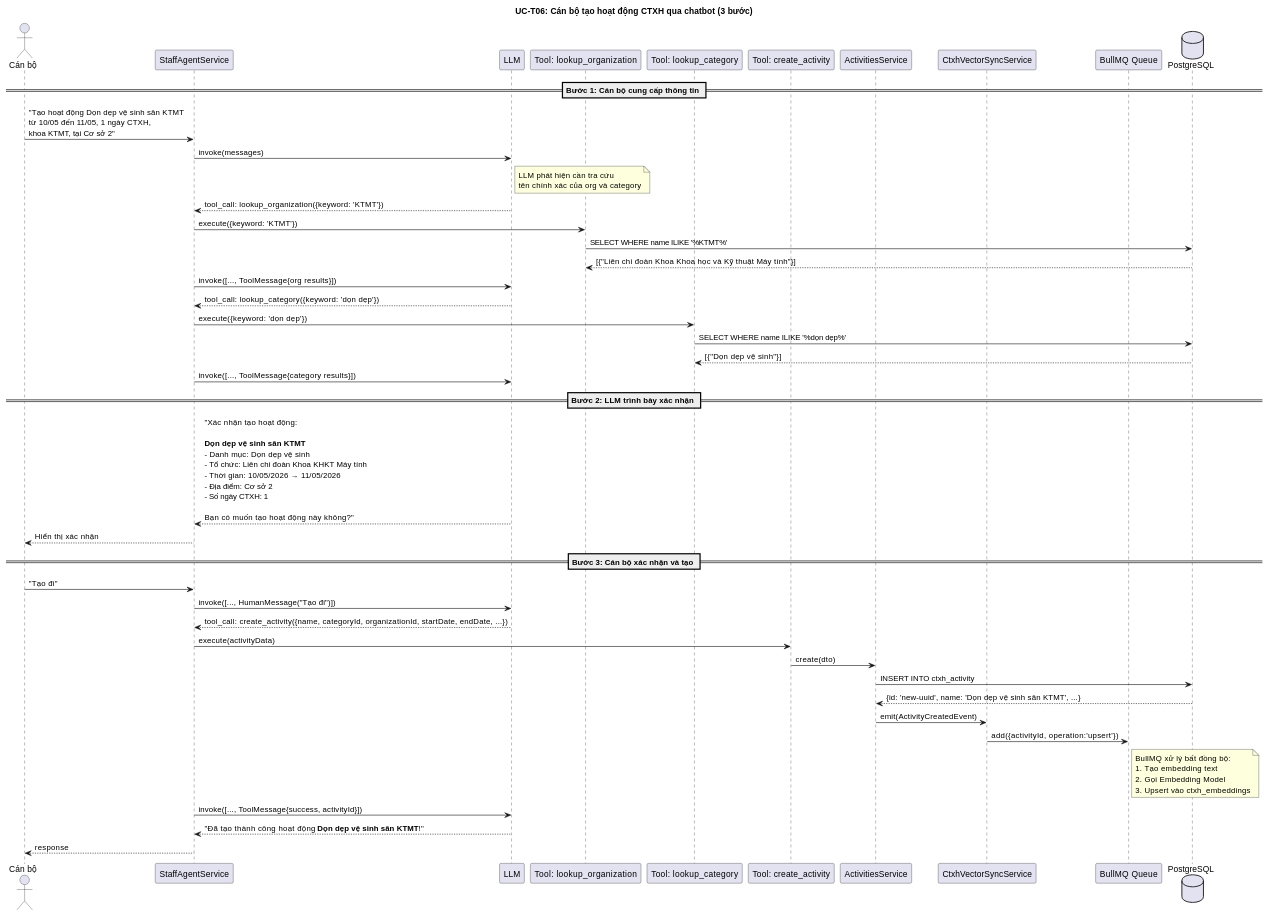
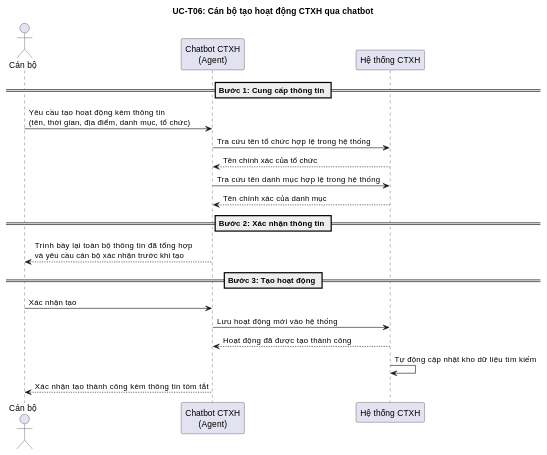
The seventh of 10 diagrams in mechanism/Duy/chatbot/CHATBOT_FLOW_DOCUMENTATION.md (Suyq017/doanhoi-portal), drawn with PlantUML before and after one commit. The commit also changed other lines of this file and 43 other files, not shown here.

````diff
--- a/mechanism/Duy/chatbot/CHATBOT_FLOW_DOCUMENTATION.md
+++ b/mechanism/Duy/chatbot/CHATBOT_FLOW_DOCUMENTATION.md
@@ -656,64 +417,28 @@
 ```plantuml
 @startuml Staff_Create_Activity_Sequence
-title UC-T06: Cán bộ tạo hoạt động CTXH qua chatbot (3 bước)
+title UC-T06: Cán bộ tạo hoạt động CTXH qua chatbot
 
 actor "Cán bộ" as Staff
-participant "StaffAgentService" as SA
-participant "LLM" as LLM
-participant "Tool: lookup_organization" as LO
-participant "Tool: lookup_category" as LC
-participant "Tool: create_activity" as CA
-participant "ActivitiesService" as AS
-participant "CtxhVectorSyncService" as VS
-participant "BullMQ Queue" as Queue
-database "PostgreSQL" as DB
+participant "Chatbot CTXH\n(Agent)" as Bot
+participant "Hệ thống CTXH" as Sys
 
-== Bước 1: Cán bộ cung cấp thông tin ==
-Staff -> SA: "Tạo hoạt động Dọn dẹp vệ sinh sân KTMT\ntừ 10/05 đến 11/05, 1 ngày CTXH,\nkhoa KTMT, tại Cơ sở 2"
+== Bước 1: Cung cấp thông tin ==
+Staff -> Bot: Yêu cầu tạo hoạt động kèm thông tin\n(tên, thời gian, địa điểm, danh mục, tổ chức)
 
-SA -> LLM: invoke(messages)
-note right of LLM
-  LLM phát hiện cần tra cứu
-  tên chính xác của org và category
-end note
-LLM --> SA: tool_call: lookup_organization({keyword: 'KTMT'})
-SA -> LO: execute({keyword: 'KTMT'})
-LO -> DB: SELECT WHERE name ILIKE '%KTMT%'
-DB --> LO: [{"Liên chi đoàn Khoa Khoa học và Kỹ thuật Máy tính"}]
-SA -> LLM: invoke([..., ToolMessage{org results}])
+Bot -> Sys: Tra cứu tên tổ chức hợp lệ trong hệ thống
+Sys --> Bot: Tên chính xác của tổ chức
+Bot -> Sys: Tra cứu tên danh mục hợp lệ trong hệ thống
+Sys --> Bot: Tên chính xác của danh mục
 
-LLM --> SA: tool_call: lookup_category({keyword: 'dọn dẹp'})
-SA -> LC: execute({keyword: 'dọn dẹp'})
-LC -> DB: SELECT WHERE name ILIKE '%dọn dẹp%'
-DB --> LC: [{"Dọn dẹp vệ sinh"}]
-SA -> LLM: invoke([..., ToolMessage{category results}])
+== Bước 2: Xác nhận thông tin ==
+Bot --> Staff: Trình bày lại toàn bộ thông tin đã tổng hợp\nvà yêu cầu cán bộ xác nhận trước khi tạo
 
-== Bước 2: LLM trình bày xác nhận ==
-LLM --> SA: "Xác nhận tạo hoạt động:\n\n**Dọn dẹp vệ sinh sân KTMT**\n- Danh mục: Dọn dẹp vệ sinh\n- Tổ chức: Liên chi đoàn Khoa KHKT Máy tính\n- Thời gian: 10/05/2026 → 11/05/2026\n- Địa điểm: Cơ sở 2\n- Số ngày CTXH: 1\n\nBạn có muốn tạo hoạt động này không?"
-SA --> Staff: Hiển thị xác nhận
-
-== Bước 3: Cán bộ xác nhận và tạo ==
-Staff -> SA: "Tạo đi"
-SA -> LLM: invoke([..., HumanMessage("Tạo đi")])
-LLM --> SA: tool_call: create_activity({name, categoryId, organizationId, startDate, endDate, ...})
-
-SA -> CA: execute(activityData)
-CA -> AS: create(dto)
-AS -> DB: INSERT INTO ctxh_activity
-DB --> AS: {id: 'new-uuid', name: 'Dọn dẹp vệ sinh sân KTMT', ...}
-
-AS -> VS: emit(ActivityCreatedEvent)
-VS -> Queue: add({activityId, operation:'upsert'})
-note right of Queue
-  BullMQ xử lý bất đồng bộ:
-  1. Tạo embedding text
-  2. Gọi Embedding Model
-  3. Upsert vào ctxh_embeddings
-end note
-
-SA -> LLM: invoke([..., ToolMessage{success, activityId}])
-LLM --> SA: "Đã tạo thành công hoạt động **Dọn dẹp vệ sinh sân KTMT**!"
-SA --> Staff: response
+== Bước 3: Tạo hoạt động ==
+Staff -> Bot: Xác nhận tạo
+Bot -> Sys: Lưu hoạt động mới vào hệ thống
+Sys --> Bot: Hoạt động đã được tạo thành công
+Sys -> Sys: Tự động cập nhật kho dữ liệu tìm kiếm
+Bot --> Staff: Xác nhận tạo thành công kèm thông tin tóm tắt
 
 @enduml
 ```
````
